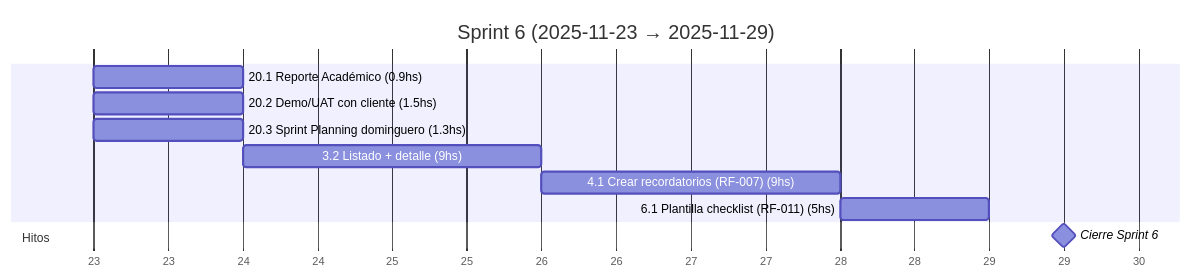
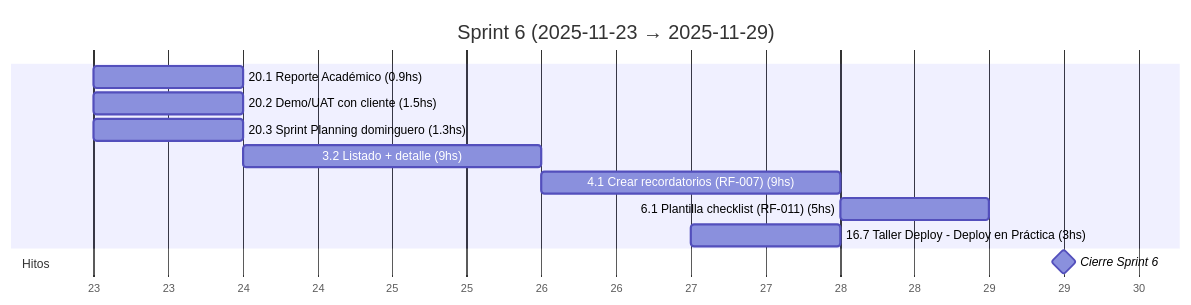
One commit to MarkMed/FleetMan changed the seventh of 18 diagrams in docs/SprintsGantts.md. Above: the diagram before and after it, drawn with Mermaid. The commit also changed other lines of this file and 1 other file, not shown here.

Commit message:
Update sprint planning and Gantt charts: add deployment workshops and adjust task durations

````diff
--- a/docs/SprintsGantts.md
+++ b/docs/SprintsGantts.md
@@ -174,18 +180,19 @@
 ```mermaid
 gantt
   title Sprint 6 (2025-11-23 → 2025-11-29)
   dateFormat  YYYY-MM-DD
   axisFormat  %d
 
   %% Asumimos 5 h/día. Horas estimadas incluidas en el nombre.
 
   20.1 Reporte Académico (0.9hs)               :t201, 2025-11-23, 1d
   20.2 Demo/UAT con cliente (1.5hs)            :t202, 2025-11-23, 1d
   20.3 Sprint Planning dominguero (1.3hs)      :t203, 2025-11-23, 1d
   3.2 Listado + detalle (9hs)                  :t32, after t203, 2d
   4.1 Crear recordatorios (RF-007) (9hs)       :t41, after t32, 2d
   6.1 Plantilla checklist (RF-011) (5hs)       :t61, after t41, 1d
+  16.7 Taller Deploy - Deploy en Práctica (3hs) :t167, 2025-11-27, 1d
 
   section Hitos
   Cierre Sprint 6                              :milestone, s6, 2025-11-29, 1d
 ```
````
